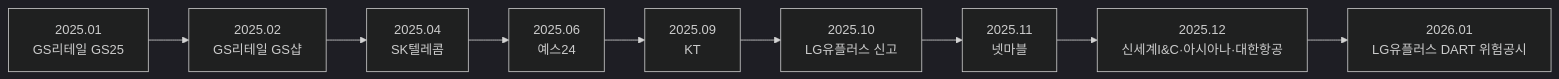
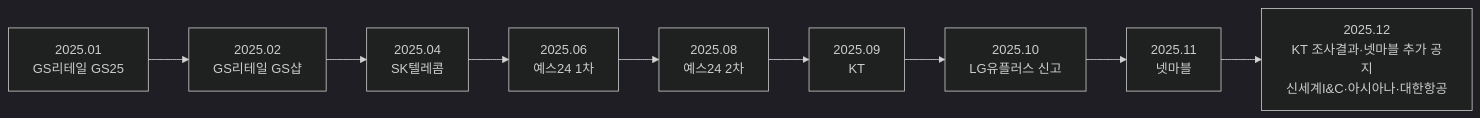
The diagram in content/ko/column/listed-company-hacking-cases.md (qubitsec/blog), drawn with Mermaid (dark theme) before and after one commit. The commit also changed other lines of this file, not shown here.

````diff
--- a/content/ko/column/listed-company-hacking-cases.md
+++ b/content/ko/column/listed-company-hacking-cases.md
@@ -107,11 +122,11 @@
 ```mermaid
 flowchart LR
     A["2025.01<br/>GS리테일 GS25"] --> B["2025.02<br/>GS리테일 GS샵"]
     B --> C["2025.04<br/>SK텔레콤"]
-    C --> D["2025.06<br/>예스24"]
-    D --> E["2025.09<br/>KT"]
-    E --> F["2025.10<br/>LG유플러스 신고"]
-    F --> G["2025.11<br/>넷마블"]
-    G --> H["2025.12<br/>신세계I&C·아시아나·대한항공"]
-    H --> I["2026.01<br/>LG유플러스 DART 위험공시"]
+    C --> D["2025.06<br/>예스24 1차"]
+    D --> E["2025.08<br/>예스24 2차"]
+    E --> F["2025.09<br/>KT"]
+    F --> G["2025.10<br/>LG유플러스 신고"]
+    G --> H["2025.11<br/>넷마블"]
+    H --> I["2025.12<br/>KT 조사결과·넷마블 추가 공지<br/>신세계I&C·아시아나·대한항공"]
 ```
````
